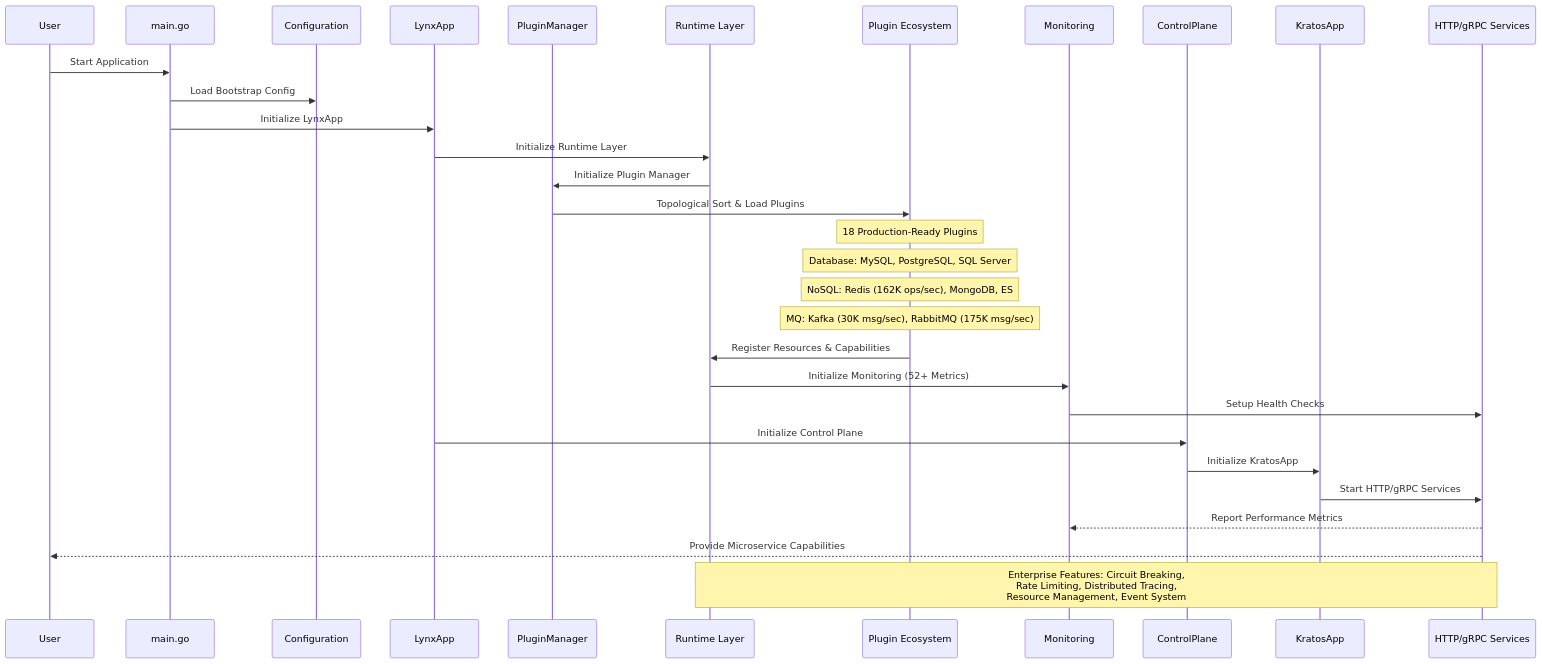
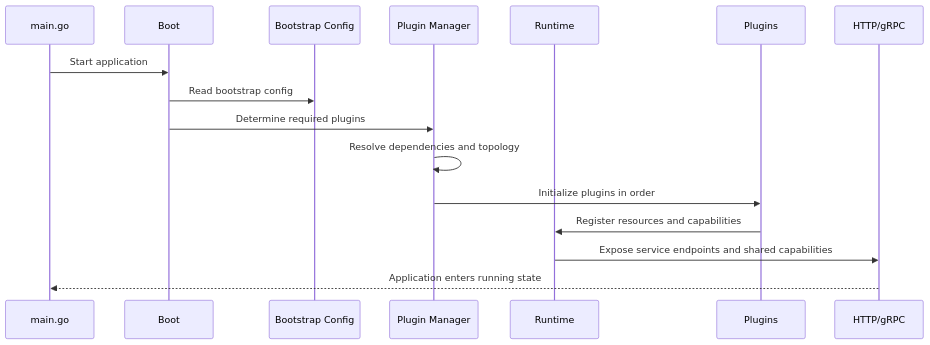
One commit to go-lynx/lynx.github.cn changed the second of 2 diagrams in i18n/en/docusaurus-plugin-content-docs/current/intro/04-arch.md. Above: the diagram before and after it, drawn with Mermaid. The commit also changed other lines of this file and 73 other files, not shown here.

````diff
--- a/i18n/en/docusaurus-plugin-content-docs/current/intro/04-arch.md
+++ b/i18n/en/docusaurus-plugin-content-docs/current/intro/04-arch.md
@@ -72,39 +66,19 @@
 ```mermaid
 sequenceDiagram
-    participant User as User
     participant Main as main.go
-    participant Config as Configuration
-    participant LynxApp as LynxApp
-    participant PluginMgr as PluginManager
-    participant Runtime as Runtime Layer
-    participant Plugins as Plugin Ecosystem
-    participant Monitor as Monitoring
-    participant Control as ControlPlane
-    participant Kratos as KratosApp
-    participant Service as HTTP/gRPC Services
+    participant Boot as Boot
+    participant Config as Bootstrap Config
+    participant Manager as Plugin Manager
+    participant Runtime as Runtime
+    participant Plugins as Plugins
+    participant Service as HTTP/gRPC
 
-    User->>Main: Start Application
-    Main->>Config: Load Bootstrap Config
-    Main->>LynxApp: Initialize LynxApp
-    LynxApp->>Runtime: Initialize Runtime Layer
-    Runtime->>PluginMgr: Initialize Plugin Manager
-    PluginMgr->>Plugins: Topological Sort & Load Plugins
-    
-    Note over Plugins: 18 Production-Ready Plugins
-    Note over Plugins: Database: MySQL, PostgreSQL, SQL Server
-    Note over Plugins: NoSQL: Redis (162K ops/sec), MongoDB, ES
-    Note over Plugins: MQ: Kafka (30K msg/sec), RabbitMQ (175K msg/sec)
-    
-    Plugins->>Runtime: Register Resources & Capabilities
-    Runtime->>Monitor: Initialize Monitoring (52+ Metrics)
-    Monitor->>Service: Setup Health Checks
-    
-    LynxApp->>Control: Initialize Control Plane
-    Control->>Kratos: Initialize KratosApp
-    Kratos->>Service: Start HTTP/gRPC Services
-    
-    Service-->>Monitor: Report Performance Metrics
-    Service-->>User: Provide Microservice Capabilities
-    
-    Note over Runtime,Service: Enterprise Features: Circuit Breaking,<br/>Rate Limiting, Distributed Tracing,<br/>Resource Management, Event System
+    Main->>Boot: Start application
+    Boot->>Config: Read bootstrap config
+    Boot->>Manager: Determine required plugins
+    Manager->>Manager: Resolve dependencies and topology
+    Manager->>Plugins: Initialize plugins in order
+    Plugins->>Runtime: Register resources and capabilities
+    Runtime->>Service: Expose service endpoints and shared capabilities
+    Service-->>Main: Application enters running state
 ```
````
